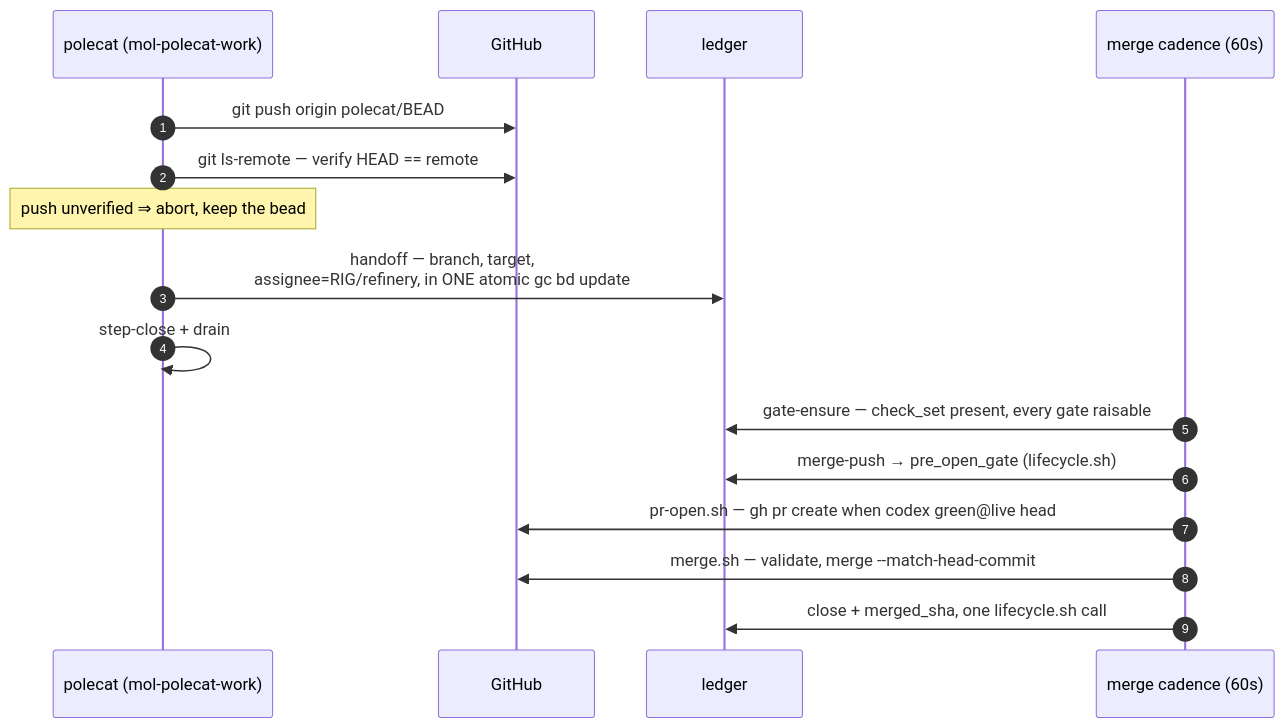
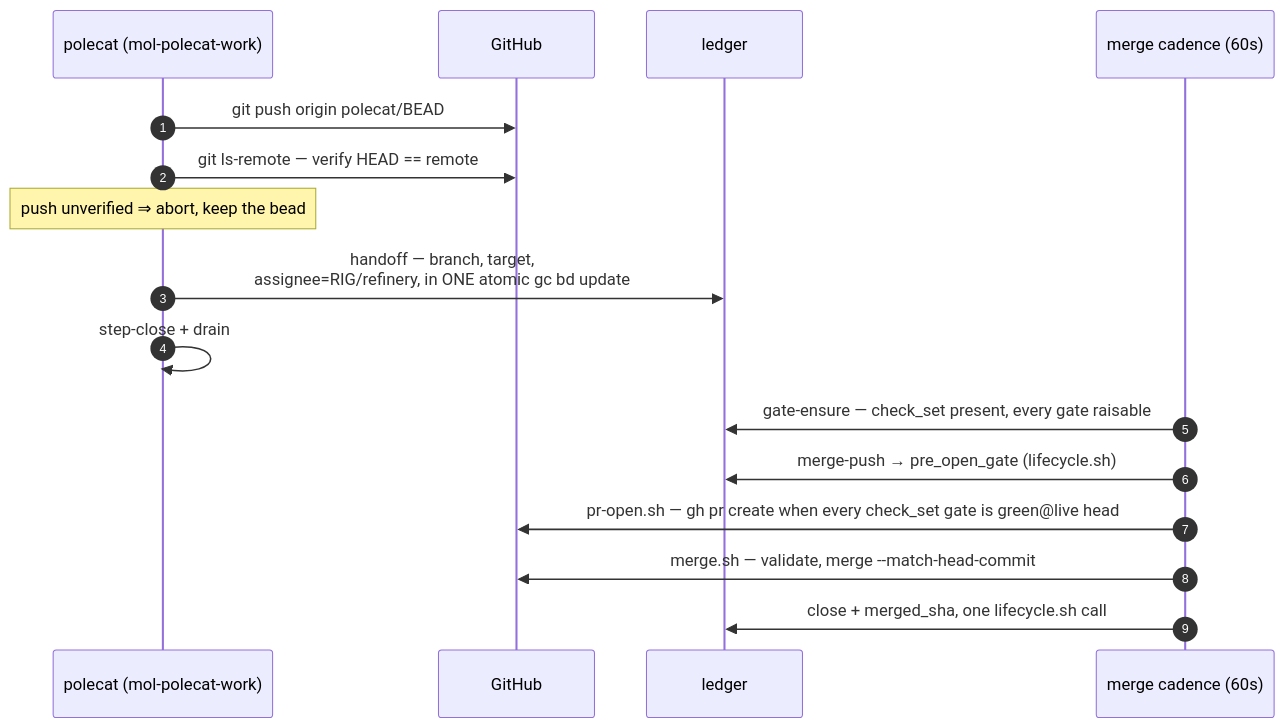
Before and after one commit to zookanalytics/gc-toolkit: the second of 2 diagrams in docs/state-machine.md, drawn with Mermaid. The commit also changed other lines of this file and 10 other files, not shown here.

````diff
--- a/docs/state-machine.md
+++ b/docs/state-machine.md
@@ -209,18 +213,18 @@
 ```mermaid
 sequenceDiagram
   autonumber
   participant P as polecat (mol-polecat-work)
   participant G as GitHub
   participant L as ledger
   participant C as merge cadence (60s)
   P->>G: git push origin polecat/BEAD
   P->>G: git ls-remote — verify HEAD == remote
   Note over P: push unverified ⇒ abort, keep the bead
   P->>L: handoff — branch, target,<br/>assignee=RIG/refinery, in ONE atomic gc bd update
   P->>P: step-close + drain
   C->>L: gate-ensure — check_set present, every gate raisable
   C->>L: merge-push → pre_open_gate (lifecycle.sh)
-  C->>G: pr-open.sh — gh pr create when codex green@live head
+  C->>G: pr-open.sh — gh pr create when every check_set gate is green@live head
   C->>G: merge.sh — validate, merge --match-head-commit
   C->>L: close + merged_sha, one lifecycle.sh call
 ```
````
